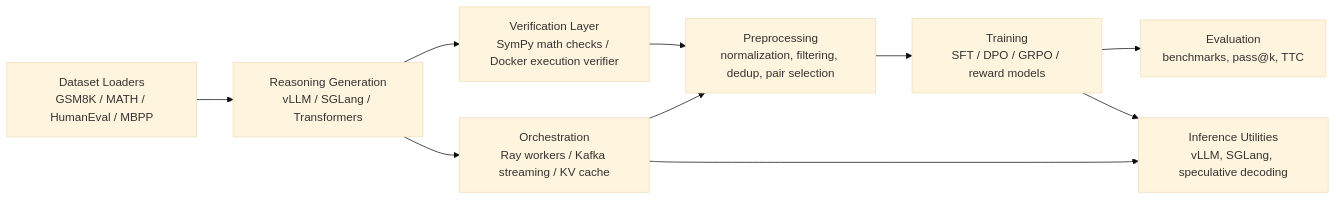
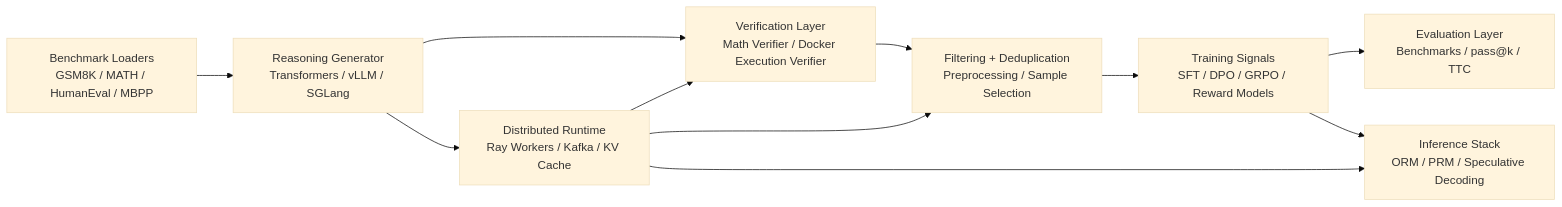
Before and after one commit to DevDesai444/Distributed-Reasoning-Loop: the first of 3 diagrams in README.md, drawn with Mermaid (base theme). The commit also changed other lines of this file, not shown here.

````diff
--- a/README.md
+++ b/README.md
@@ -49,12 +57,13 @@
 ```mermaid
 flowchart LR
-    A["Dataset Loaders<br/>GSM8K / MATH / HumanEval / MBPP"] --> B["Reasoning Generation<br/>vLLM / SGLang / Transformers"]
-    B --> C["Verification Layer<br/>SymPy math checks / Docker execution verifier"]
-    C --> D["Preprocessing<br/>normalization, filtering, dedup, pair selection"]
-    D --> E["Training<br/>SFT / DPO / GRPO / reward models"]
-    E --> F["Evaluation<br/>benchmarks, pass@k, TTC"]
-    E --> G["Inference Utilities<br/>vLLM, SGLang, speculative decoding"]
-    B --> H["Orchestration<br/>Ray workers / Kafka streaming / KV cache"]
+    A["Benchmark Loaders<br/>GSM8K / MATH / HumanEval / MBPP"] --> B["Reasoning Generator<br/>Transformers / vLLM / SGLang"]
+    B --> C["Verification Layer<br/>Math Verifier / Docker Execution Verifier"]
+    C --> D["Filtering + Deduplication<br/>Preprocessing / Sample Selection"]
+    D --> E["Training Signals<br/>SFT / DPO / GRPO / Reward Models"]
+    E --> F["Evaluation Layer<br/>Benchmarks / pass@k / TTC"]
+    E --> G["Inference Stack<br/>ORM / PRM / Speculative Decoding"]
+    B --> H["Distributed Runtime<br/>Ray Workers / Kafka / KV Cache"]
+    H --> C
     H --> D
     H --> G
 ```
````
